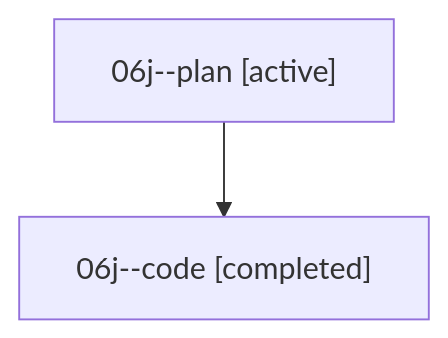
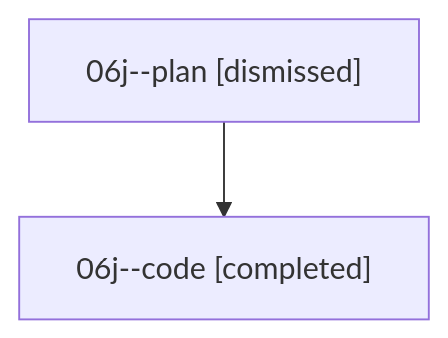
The diagram in sessions/bbugyi200.athena.06j.md (sase-org/sase--agents), drawn with Mermaid before and after one commit. The commit also changed other lines of this file and 38 other files, not shown here.

````diff
--- a/sessions/bbugyi200.athena.06j.md
+++ b/sessions/bbugyi200.athena.06j.md
@@ -9,6 +9,6 @@
 ```mermaid
 flowchart TD
-  n0["06j--plan [active]"]
+  n0["06j--plan [dismissed]"]
   n1["06j--code [completed]"]
   n0 --> n1
 ```
````
